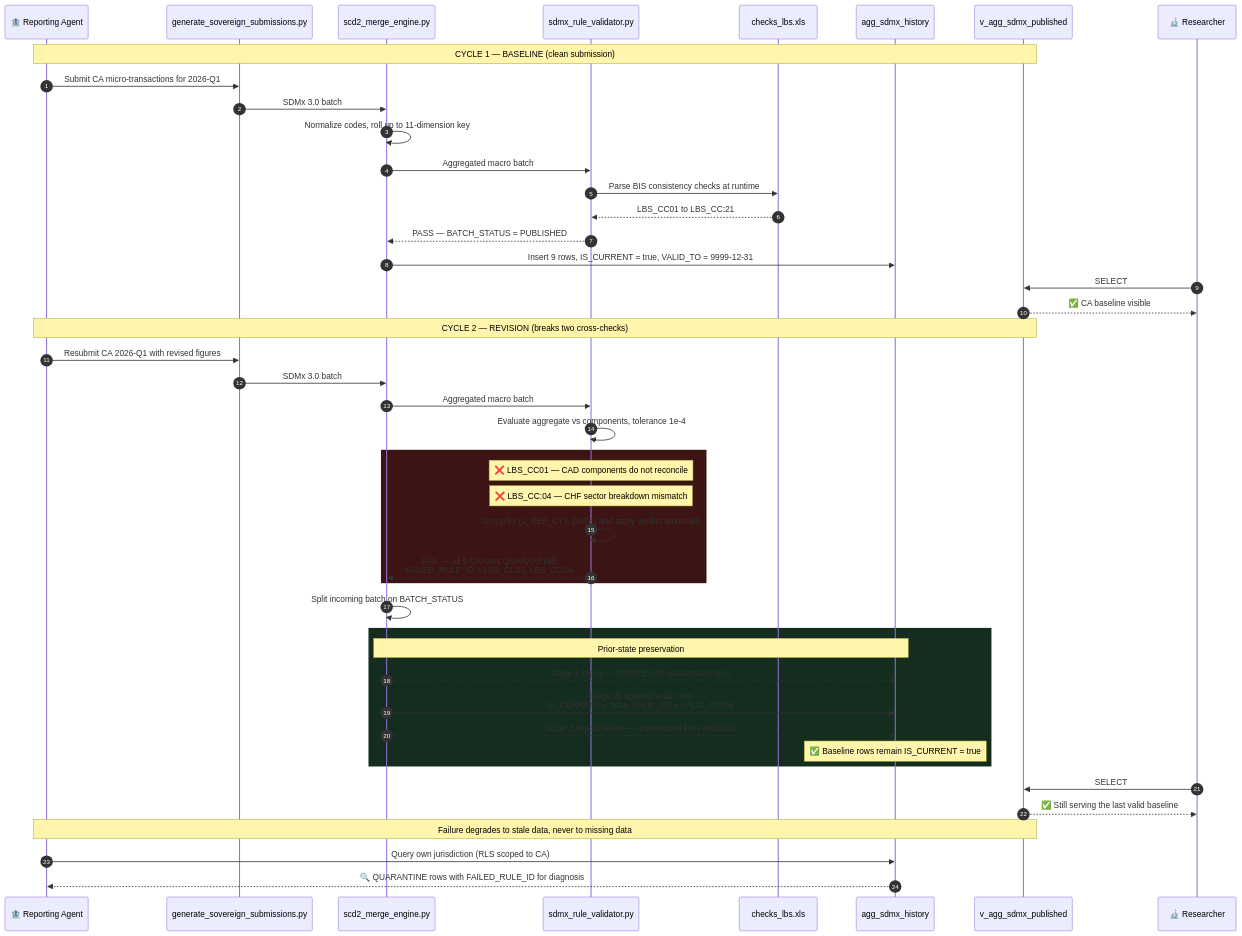
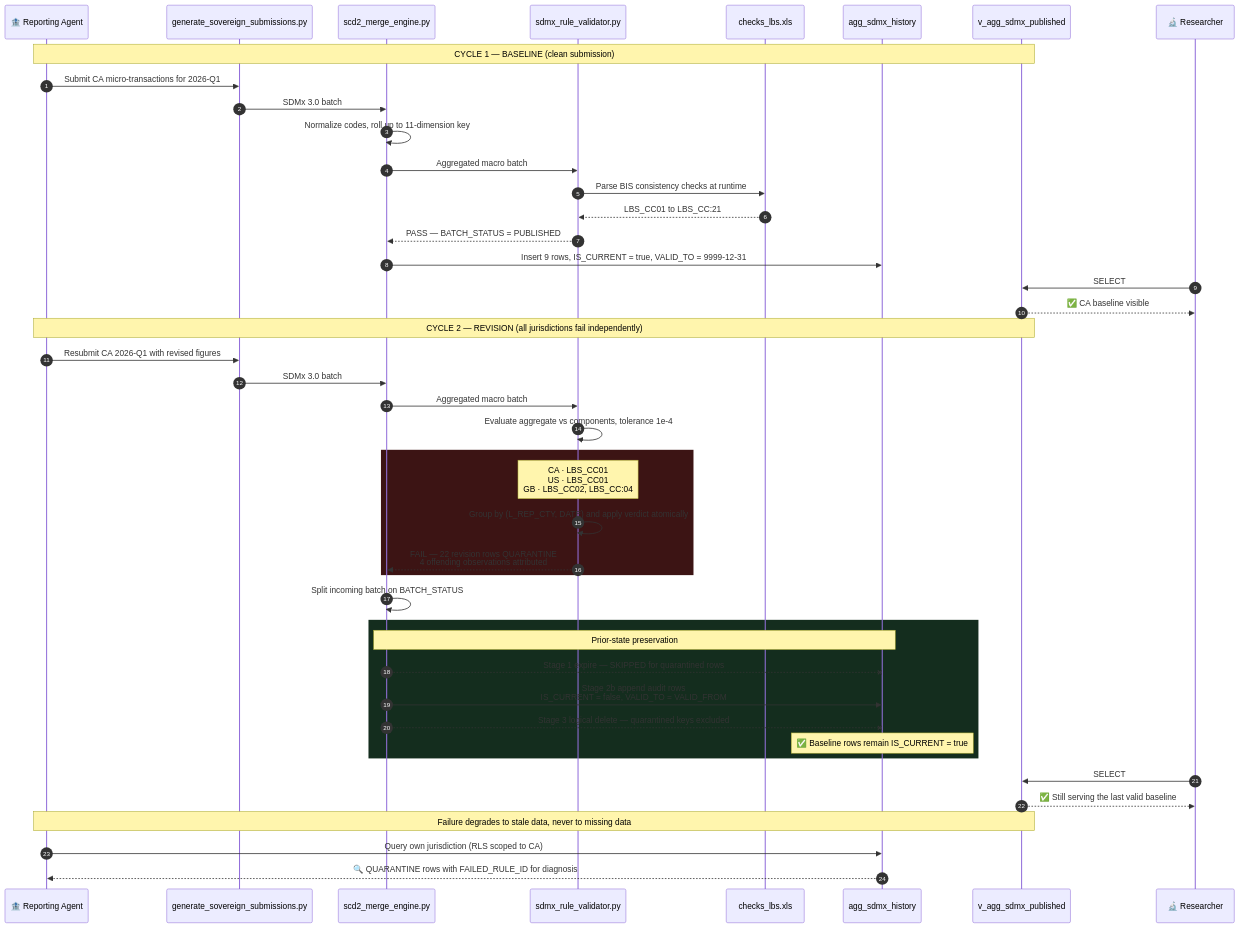
One commit to botlhale/sovereign-shield changed the third of 5 diagrams in docs/ARCHITECTURE_DIAGRAMS.md. Above: the diagram before and after it, drawn with Mermaid. The commit also changed other lines of this file and 16 other files, not shown here.

Commit message:
Align documentation with deployed architecture

````diff
--- a/docs/ARCHITECTURE_DIAGRAMS.md
+++ b/docs/ARCHITECTURE_DIAGRAMS.md
@@ -191,57 +191,56 @@
 ```mermaid
 sequenceDiagram
     autonumber
     participant SUB as 🏦 Reporting Agent
     participant GEN as generate_sovereign_submissions.py
     participant ENG as scd2_merge_engine.py
     participant VAL as sdmx_rule_validator.py
     participant XLS as checks_lbs.xls
     participant HIST as agg_sdmx_history
     participant VIEW as v_agg_sdmx_published
     participant RES as 🔬 Researcher
 
     Note over SUB,VIEW: CYCLE 1 — BASELINE (clean submission)
 
     SUB->>GEN: Submit CA micro-transactions for 2026-Q1
     GEN->>ENG: SDMx 3.0 batch
     ENG->>ENG: Normalize codes, roll up to 11-dimension key
     ENG->>VAL: Aggregated macro batch
     VAL->>XLS: Parse BIS consistency checks at runtime
     XLS-->>VAL: LBS_CC01 to LBS_CC:21
     VAL-->>ENG: PASS — BATCH_STATUS = PUBLISHED
     ENG->>HIST: Insert 9 rows, IS_CURRENT = true, VALID_TO = 9999-12-31
     RES->>VIEW: SELECT
     VIEW-->>RES: ✅ CA baseline visible
 
-    Note over SUB,VIEW: CYCLE 2 — REVISION (breaks two cross-checks)
+    Note over SUB,VIEW: CYCLE 2 — REVISION (all jurisdictions fail independently)
 
     SUB->>GEN: Resubmit CA 2026-Q1 with revised figures
     GEN->>ENG: SDMx 3.0 batch
     ENG->>VAL: Aggregated macro batch
     VAL->>VAL: Evaluate aggregate vs components, tolerance 1e-4
 
     rect rgb(60, 20, 20)
-        Note over VAL: ❌ LBS_CC01 — CAD components do not reconcile
-        Note over VAL: ❌ LBS_CC:04 — CHF sector breakdown mismatch
+        Note over VAL: CA · LBS_CC01<br/>US · LBS_CC01<br/>GB · LBS_CC02, LBS_CC:04
         VAL->>VAL: Group by (L_REP_CTY, DATE) and apply verdict atomically
-        VAL-->>ENG: FAIL — all 9 CA rows QUARANTINE<br/>FAILED_RULE_ID = LBS_CC01, LBS_CC:04
+        VAL-->>ENG: FAIL — 22 revision rows QUARANTINE<br/>4 offending observations attributed
     end
 
     ENG->>ENG: Split incoming batch on BATCH_STATUS
 
     rect rgb(20, 45, 30)
         Note over ENG,HIST: Prior-state preservation
         ENG--xHIST: Stage 1 expire — SKIPPED for quarantined rows
         ENG->>HIST: Stage 2b append audit rows<br/>IS_CURRENT = false, VALID_TO = VALID_FROM
         ENG--xHIST: Stage 3 logical delete — quarantined keys excluded
         Note over HIST: ✅ Baseline rows remain IS_CURRENT = true
     end
 
     RES->>VIEW: SELECT
     VIEW-->>RES: ✅ Still serving the last valid baseline
 
     Note over SUB,VIEW: Failure degrades to stale data, never to missing data
 
     SUB->>HIST: Query own jurisdiction (RLS scoped to CA)
     HIST-->>SUB: 🔍 QUARANTINE rows with FAILED_RULE_ID for diagnosis
 ```
````
